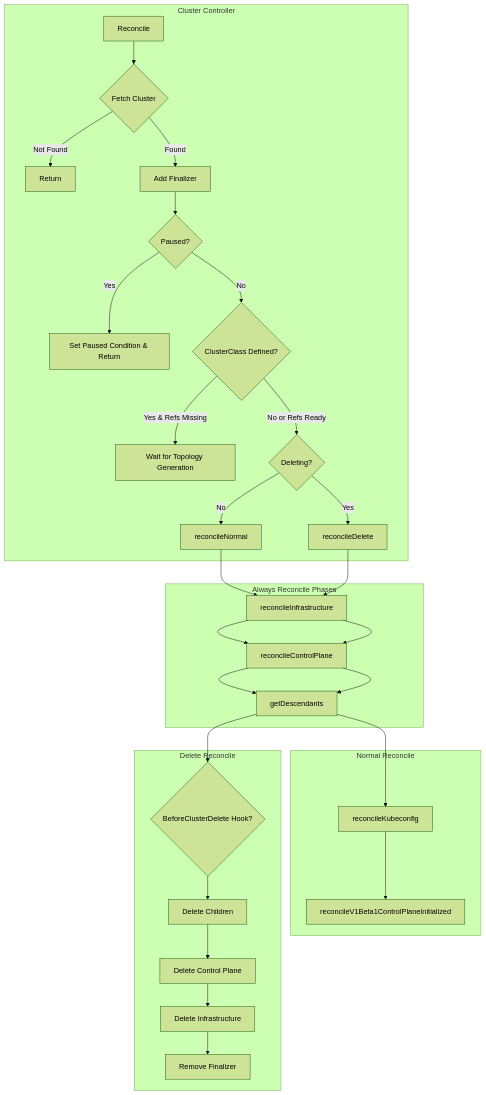
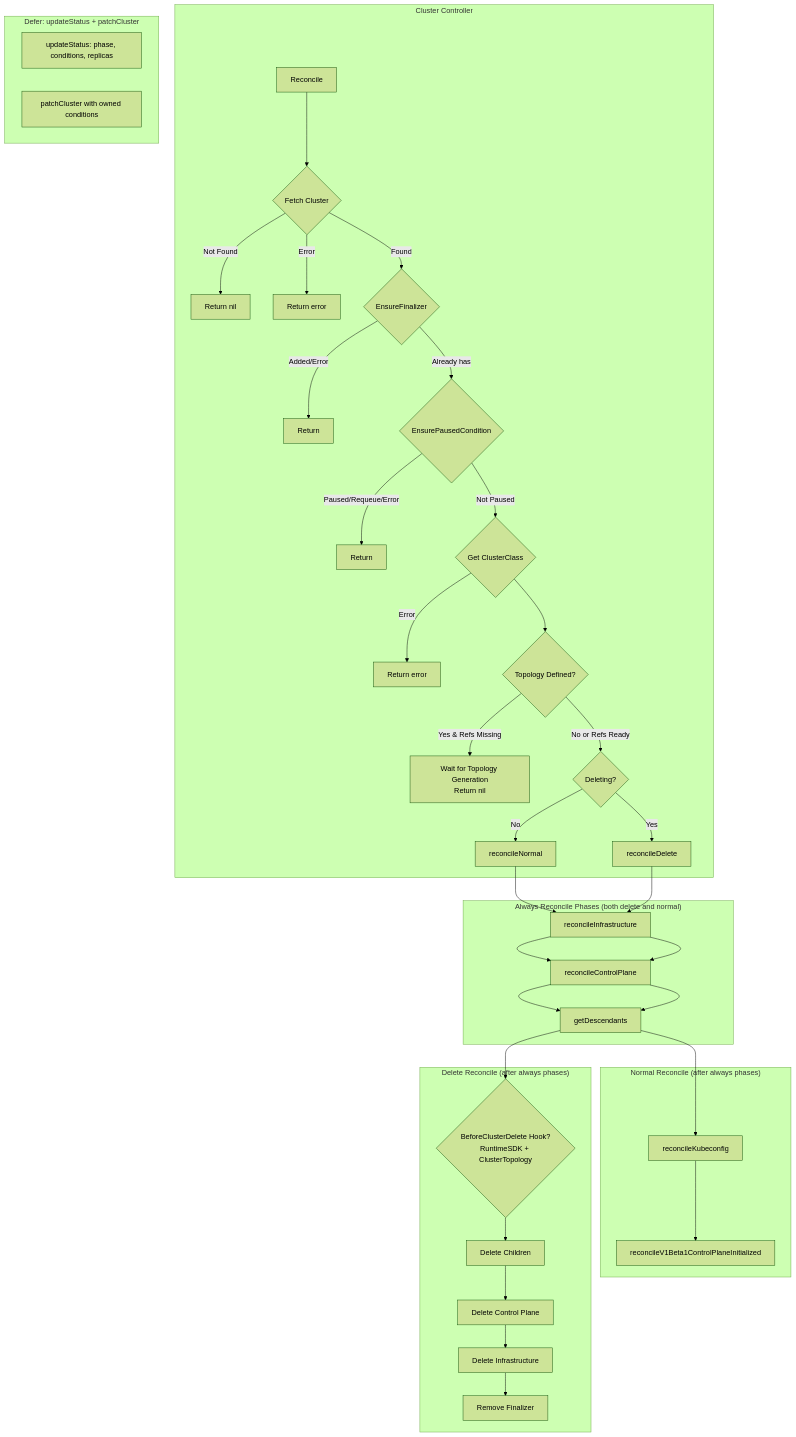
Before and after one commit to seanyen/cluster-api: the first of 4 diagrams in ai-gen/internal/controllers/cluster_controller.md, drawn with Mermaid (forest theme). The commit also changed other lines of this file and 8 other files, not shown here.

````diff
--- a/ai-gen/internal/controllers/cluster_controller.md
+++ b/ai-gen/internal/controllers/cluster_controller.md
@@ -7,37 +7,46 @@
 ```mermaid
 flowchart TB
     subgraph "Cluster Controller"
         R[Reconcile] --> F{Fetch Cluster}
-        F -->|Not Found| End[Return]
-        F -->|Found| Fin[Add Finalizer]
-        Fin --> P{Paused?}
-        P -->|Yes| PC[Set Paused Condition & Return]
-        P -->|No| CLS{ClusterClass Defined?}
-        CLS -->|Yes & Refs Missing| WT[Wait for Topology Generation]
+        F -->|Not Found| End[Return nil]
+        F -->|Error| Err[Return error]
+        F -->|Found| Fin{EnsureFinalizer}
+        Fin -->|Added/Error| FinRet[Return]
+        Fin -->|Already has| P{EnsurePausedCondition}
+        P -->|Paused/Requeue/Error| PC[Return]
+        P -->|Not Paused| CC{Get ClusterClass}
+        CC -->|Error| CCE[Return error]
+        CC --> CLS{Topology Defined?}
+        CLS -->|Yes & Refs Missing| WT[Wait for Topology Generation<br/>Return nil]
         CLS -->|No or Refs Ready| D{Deleting?}
         D -->|Yes| RD[reconcileDelete]
         D -->|No| RN[reconcileNormal]
     end
     
-    subgraph "Always Reconcile Phases"
+    subgraph "Always Reconcile Phases (both delete and normal)"
         I[reconcileInfrastructure]
         CP[reconcileControlPlane]
         GD[getDescendants]
     end
     
-    subgraph "Normal Reconcile"
+    subgraph "Normal Reconcile (after always phases)"
         K[reconcileKubeconfig]
         CPI[reconcileV1Beta1ControlPlaneInitialized]
     end
     
-    subgraph "Delete Reconcile"
-        HOOK{BeforeClusterDelete Hook?}
+    subgraph "Delete Reconcile (after always phases)"
+        HOOK{BeforeClusterDelete Hook?<br/>RuntimeSDK + ClusterTopology}
         DC[Delete Children]
         DCP[Delete Control Plane]
         DI[Delete Infrastructure]
         RF[Remove Finalizer]
     end
     
+    subgraph "Defer: updateStatus + patchCluster"
+        US[updateStatus: phase, conditions, replicas]
+        PC2[patchCluster with owned conditions]
+    end
+    
     RN --> I --> CP --> GD --> K --> CPI
     RD --> I --> CP --> GD --> HOOK --> DC --> DCP --> DI --> RF
 ```
````
